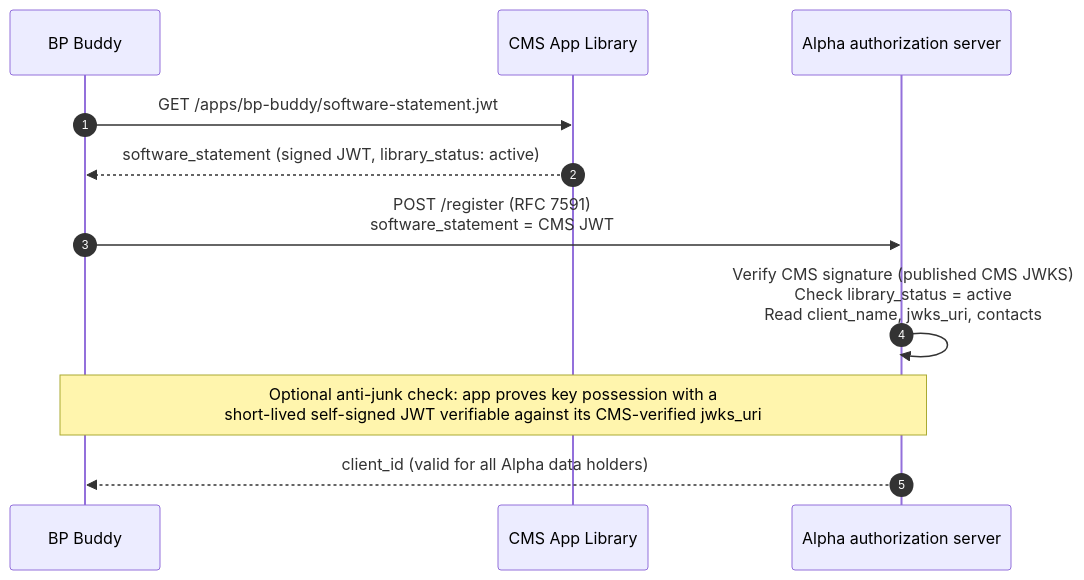
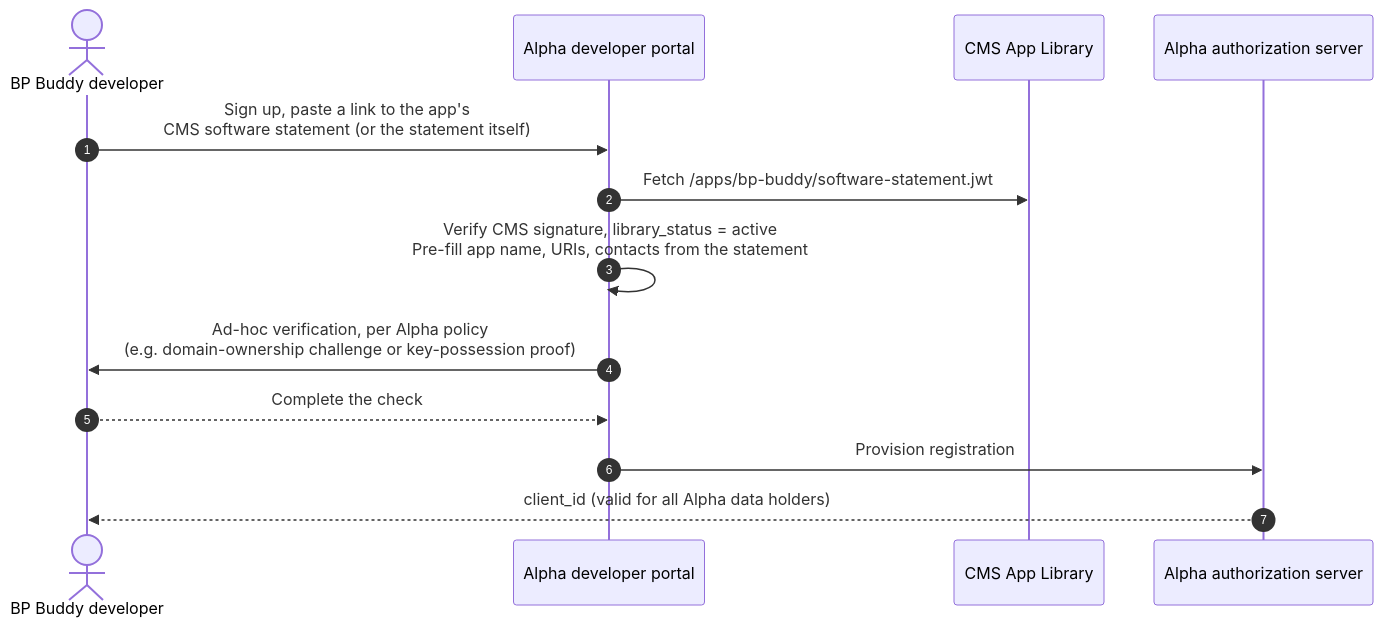
The third of 10 diagrams in app-connectivity-flows.md (jmandel/cms-ns), drawn with Mermaid before and after one commit. The commit also changed other lines of this file, not shown here.

Commit message:
2a: Alpha registration is a developer portal with manual per-network steps
Manual steps per network (paste statement link, ad-hoc domain/key
verification) are realistic and conformant; the invariant only forbids
manual work per data holder. Portal details deliberately unspecified.

````diff
--- a/app-connectivity-flows.md
+++ b/app-connectivity-flows.md
@@ -83,14 +87,16 @@
 ```mermaid
 sequenceDiagram
     autonumber
-    participant App as BP Buddy
+    actor Dev as BP Buddy developer
+    participant Portal as Alpha developer portal
     participant CMS as CMS App Library
     participant AAS as Alpha authorization server
 
-    App->>CMS: GET /apps/bp-buddy/software-statement.jwt
-    CMS-->>App: software_statement (signed JWT, library_status: active)
-    App->>AAS: POST /register (RFC 7591)<br/>software_statement = CMS JWT
-    AAS->>AAS: Verify CMS signature (published CMS JWKS)<br/>Check library_status = active<br/>Read client_name, jwks_uri, contacts
-    Note over App,AAS: Optional anti-junk check: app proves key possession with a<br/>short-lived self-signed JWT verifiable against its CMS-verified jwks_uri
-    AAS-->>App: client_id (valid for all Alpha data holders)
+    Dev->>Portal: Sign up, paste a link to the app's<br/>CMS software statement (or the statement itself)
+    Portal->>CMS: Fetch /apps/bp-buddy/software-statement.jwt
+    Portal->>Portal: Verify CMS signature, library_status = active<br/>Pre-fill app name, URIs, contacts from the statement
+    Portal->>Dev: Ad-hoc verification, per Alpha policy<br/>(e.g. domain-ownership challenge or key-possession proof)
+    Dev-->>Portal: Complete the check
+    Portal->>AAS: Provision registration
+    AAS-->>Dev: client_id (valid for all Alpha data holders)
 ```
````
